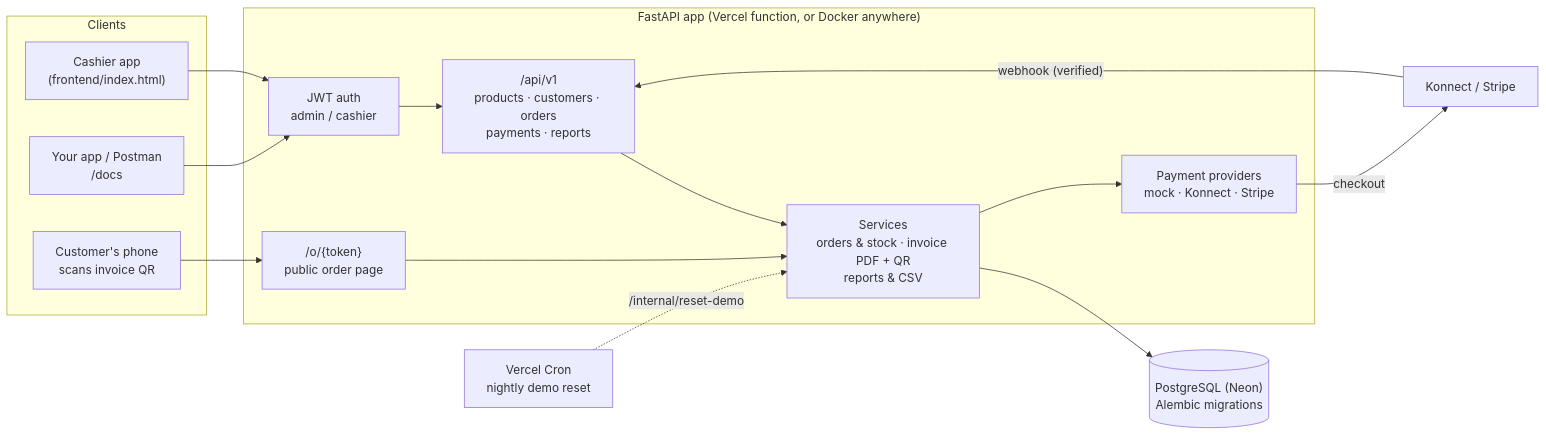
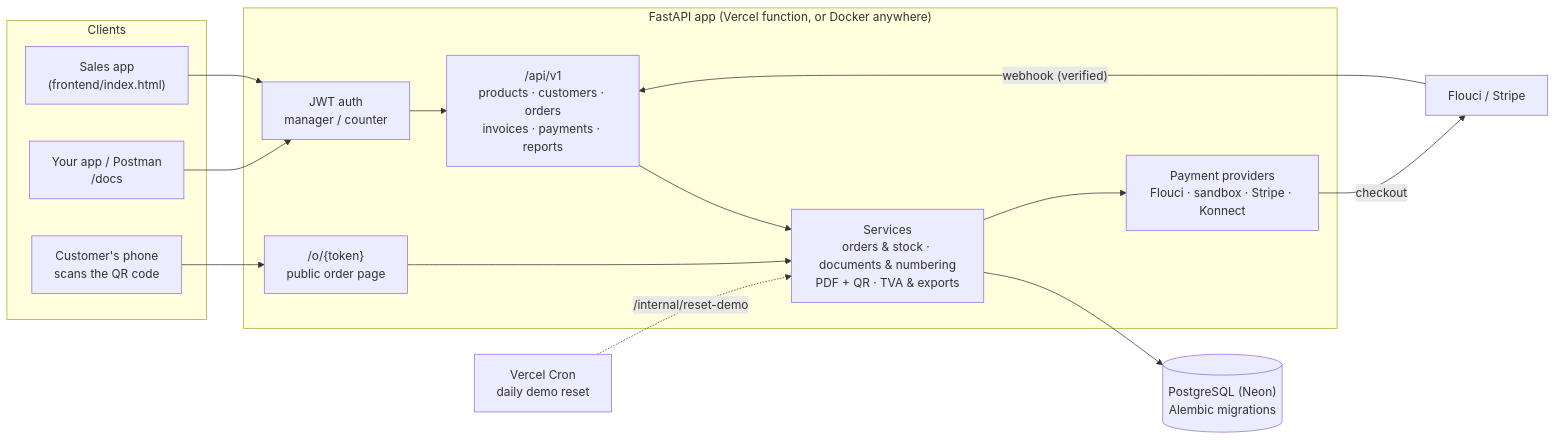
One commit to MedAmine-SUDO/order-invoice-api changed the diagram in README.md. Above: the diagram before and after it, drawn with Mermaid. The commit also changed other lines of this file and 39 other files, not shown here.

First line of the commit message:
Invoices, credit notes, monthly TVA, French UI and Flouci payments

````diff
--- a/README.md
+++ b/README.md
@@ -88,27 +118,27 @@
 ```mermaid
 flowchart LR
     subgraph Clients
-        POS["Cashier app<br/>(frontend/index.html)"]
+        POS["Sales app<br/>(frontend/index.html)"]
         DEV["Your app / Postman<br/>/docs"]
-        PHONE["Customer's phone<br/>scans invoice QR"]
+        PHONE["Customer's phone<br/>scans the QR code"]
     end
 
     subgraph API["FastAPI app (Vercel function, or Docker anywhere)"]
-        AUTH["JWT auth<br/>admin / cashier"]
-        ROUTES["/api/v1<br/>products · customers · orders<br/>payments · reports"]
+        AUTH["JWT auth<br/>manager / counter"]
+        ROUTES["/api/v1<br/>products · customers · orders<br/>invoices · payments · reports"]
         PUBLIC["/o/{token}<br/>public order page"]
-        SVC["Services<br/>orders & stock · invoice PDF + QR<br/>reports & CSV"]
-        GW["Payment providers<br/>mock · Konnect · Stripe"]
+        SVC["Services<br/>orders & stock · documents & numbering<br/>PDF + QR · TVA & exports"]
+        GW["Payment providers<br/>Flouci · sandbox · Stripe · Konnect"]
     end
 
     DB[("PostgreSQL (Neon)<br/>Alembic migrations")]
-    CRON["Vercel Cron<br/>nightly demo reset"]
-    KONNECT["Konnect / Stripe"]
+    CRON["Vercel Cron<br/>daily demo reset"]
+    KONNECT["Flouci / Stripe"]
 
     POS & DEV --> AUTH --> ROUTES --> SVC
     PHONE --> PUBLIC --> SVC
     SVC --> DB
     SVC --> GW -- "checkout" --> KONNECT
     KONNECT -- "webhook (verified)" --> ROUTES
     CRON -. "/internal/reset-demo" .-> SVC
 ```
````
